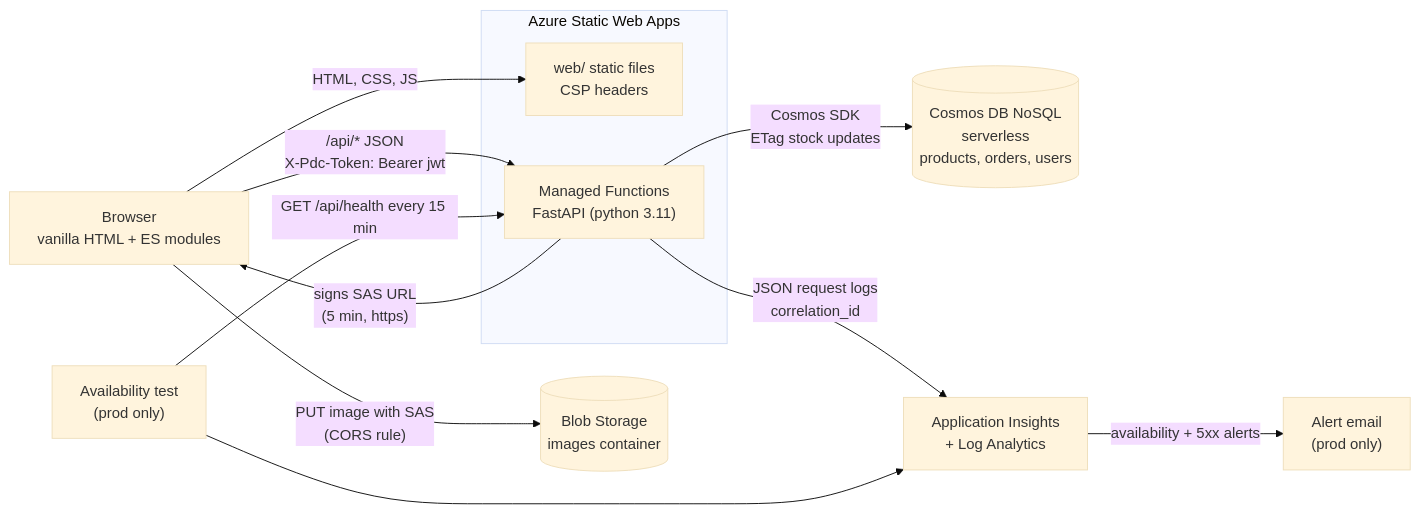
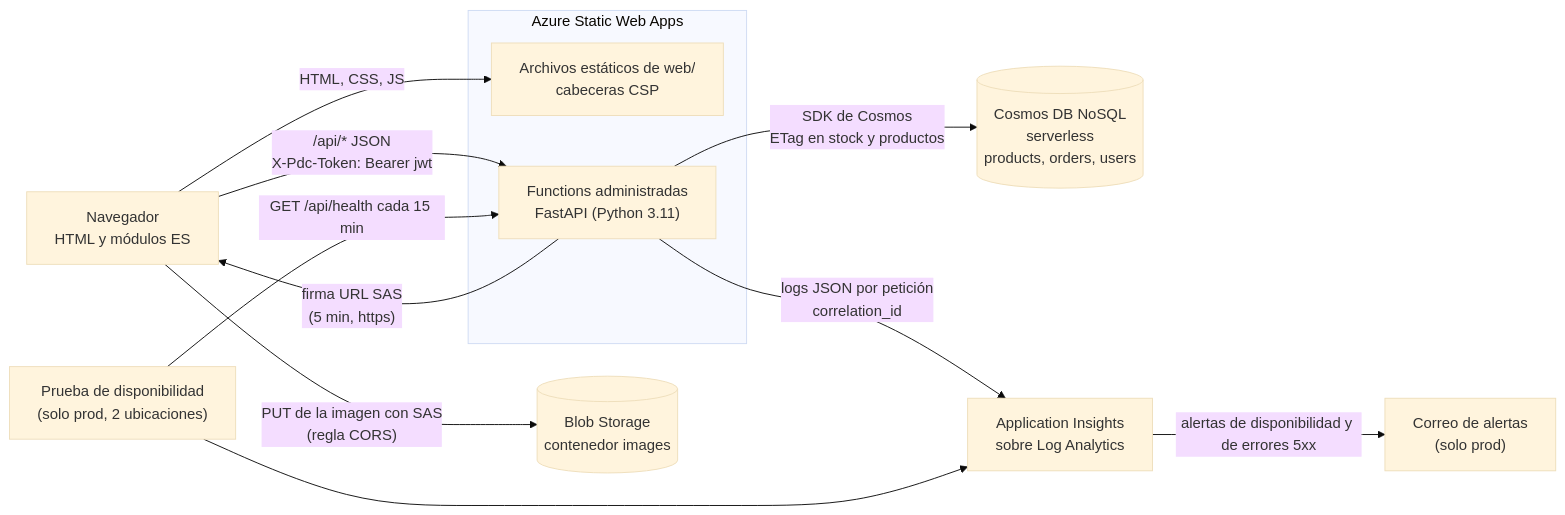
The first of 2 diagrams in docs/diagramas/architecture.md (Andr3xDev/migas-en-la-nube), drawn with Mermaid (base theme) before and after one commit. The commit also changed other lines of this file and 4 other files, not shown here.

Commit message:
docs: add context and network diagrams, translate existing ones

````diff
--- a/docs/diagramas/architecture.md
+++ b/docs/diagramas/architecture.md
@@ -5,23 +5,23 @@
 ```mermaid
 flowchart LR
-    Browser["Browser<br/>vanilla HTML + ES modules"]
+    Browser["Navegador<br/>HTML y módulos ES"]
     subgraph SWA["Azure Static Web Apps"]
-        Static["web/ static files<br/>CSP headers"]
-        Func["Managed Functions<br/>FastAPI (python 3.11)"]
+        Static["Archivos estáticos de web/<br/>cabeceras CSP"]
+        Func["Functions administradas<br/>FastAPI (Python 3.11)"]
     end
     Cosmos[("Cosmos DB NoSQL<br/>serverless<br/>products, orders, users")]
-    Blob[("Blob Storage<br/>images container")]
-    AI["Application Insights<br/>+ Log Analytics"]
-    Probe["Availability test<br/>(prod only)"]
-    Mail["Alert email<br/>(prod only)"]
+    Blob[("Blob Storage<br/>contenedor images")]
+    AI["Application Insights<br/>sobre Log Analytics"]
+    Probe["Prueba de disponibilidad<br/>(solo prod, 2 ubicaciones)"]
+    Mail["Correo de alertas<br/>(solo prod)"]
 
     Browser -->|"HTML, CSS, JS"| Static
     Browser -->|"/api/* JSON<br/>X-Pdc-Token: Bearer jwt"| Func
-    Func -->|"Cosmos SDK<br/>ETag stock updates"| Cosmos
-    Func -->|"signs SAS URL<br/>(5 min, https)"| Browser
-    Browser -->|"PUT image with SAS<br/>(CORS rule)"| Blob
-    Func -->|"JSON request logs<br/>correlation_id"| AI
-    Probe -->|"GET /api/health every 15 min"| Func
+    Func -->|"SDK de Cosmos<br/>ETag en stock y productos"| Cosmos
+    Func -->|"firma URL SAS<br/>(5 min, https)"| Browser
+    Browser -->|"PUT de la imagen con SAS<br/>(regla CORS)"| Blob
+    Func -->|"logs JSON por petición<br/>correlation_id"| AI
+    Probe -->|"GET /api/health cada 15 min"| Func
     Probe --> AI
-    AI -->|"availability + 5xx alerts"| Mail
+    AI -->|"alertas de disponibilidad y de errores 5xx"| Mail
 ```
````
